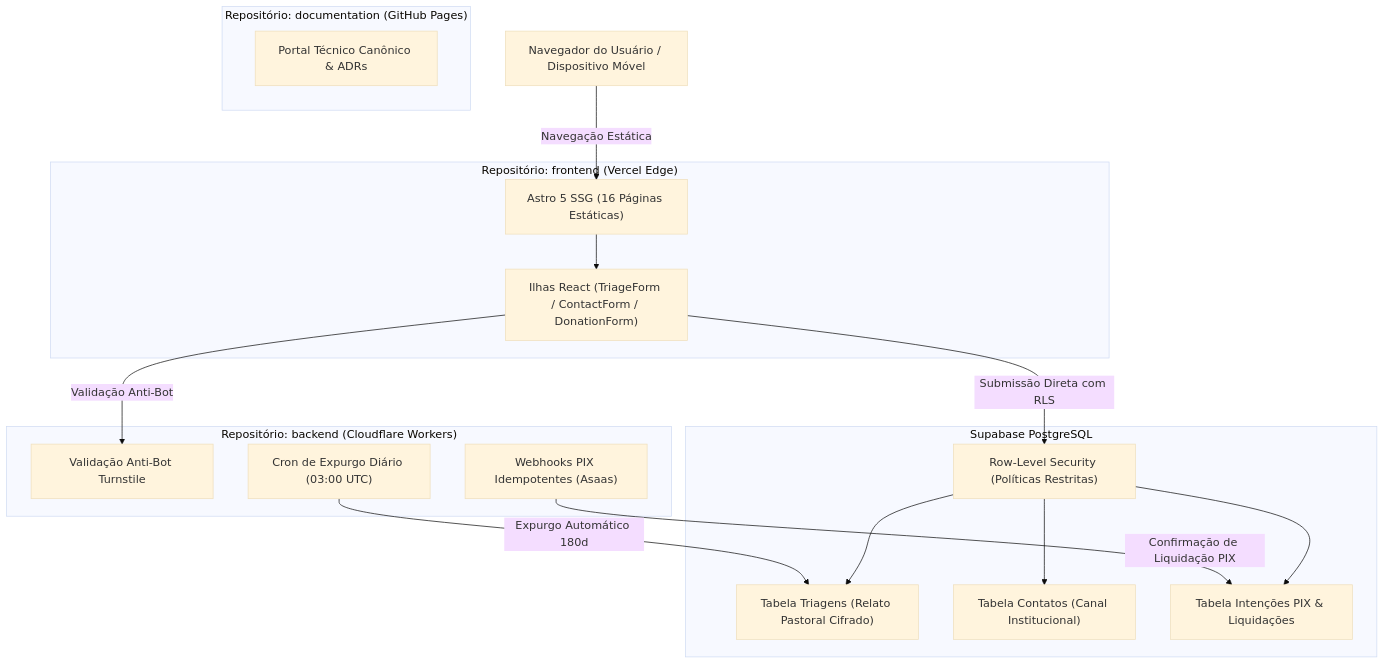
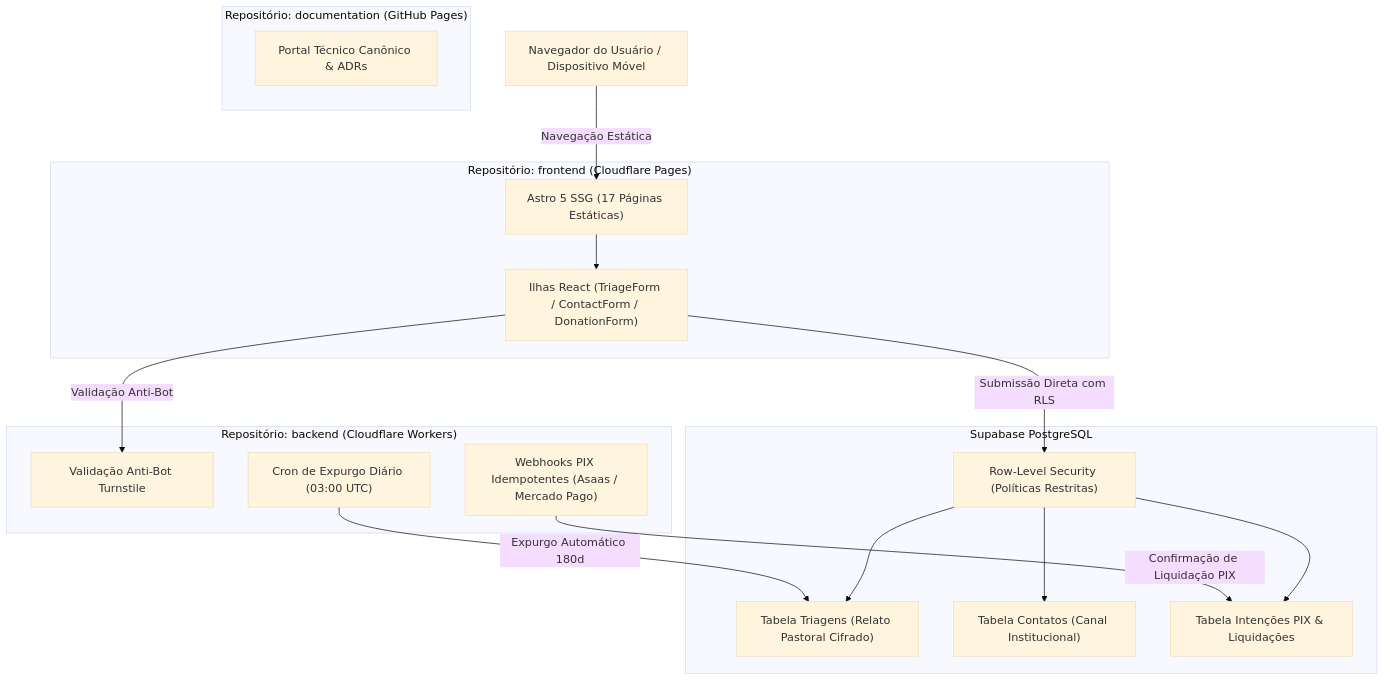
One commit to purelifeministriesbrasil/documentation changed the diagram in docs/index.md. Above: the diagram before and after it, drawn with Mermaid (base theme). The commit also changed other lines of this file and 10 other files, not shown here.

First line of the commit message:
docs(architecture): replace legacy schema and Vercel proxy diagrams with the current design

````diff
--- a/docs/index.md
+++ b/docs/index.md
@@ -199,36 +199,36 @@
 ```mermaid
 graph TD
     Client["Navegador do Usuário / Dispositivo Móvel"]
     
-    subgraph EdgeFrontend ["Repositório: frontend (Vercel Edge)"]
-        AstroSSG["Astro 5 SSG (16 Páginas Estáticas)"]
+    subgraph EdgeFrontend ["Repositório: frontend (Cloudflare Pages)"]
+        AstroSSG["Astro 5 SSG (17 Páginas Estáticas)"]
         ReactIslands["Ilhas React (TriageForm / ContactForm / DonationForm)"]
     end
 
     subgraph ServerlessBackend ["Repositório: backend (Cloudflare Workers)"]
         TurnstileGuard["Validação Anti-Bot Turnstile"]
-        PaymentWebhooks["Webhooks PIX Idempotentes (Asaas)"]
+        PaymentWebhooks["Webhooks PIX Idempotentes (Asaas / Mercado Pago)"]
         PurgeCron["Cron de Expurgo Diário (03:00 UTC)"]
     end
 
     subgraph DataPlatform ["Supabase PostgreSQL"]
         RLS["Row-Level Security (Políticas Restritas)"]
         TriageVault["Tabela Triagens (Relato Pastoral Cifrado)"]
         ContactStore["Tabela Contatos (Canal Institucional)"]
         DonationStore["Tabela Intenções PIX & Liquidações"]
     end
 
     subgraph GovernanceDocs ["Repositório: documentation (GitHub Pages)"]
         MkDocsPortal["Portal Técnico Canônico & ADRs"]
     end
 
     Client -->|Navegação Estática| AstroSSG
     AstroSSG --> ReactIslands
     ReactIslands -->|Validação Anti-Bot| TurnstileGuard
     ReactIslands -->|Submissão Direta com RLS| RLS
     PaymentWebhooks -->|Confirmação de Liquidação PIX| DonationStore
     PurgeCron -->|Expurgo Automático 180d| TriageVault
     RLS --> TriageVault
     RLS --> ContactStore
     RLS --> DonationStore
 ```
````
